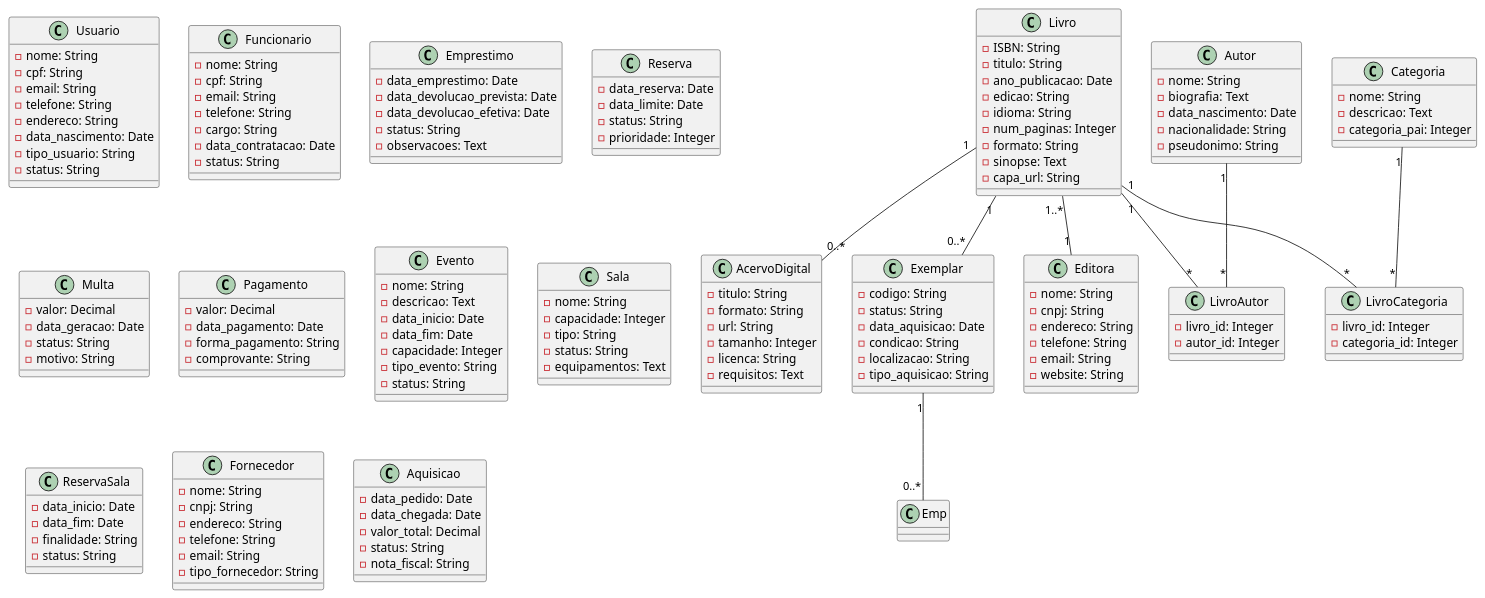
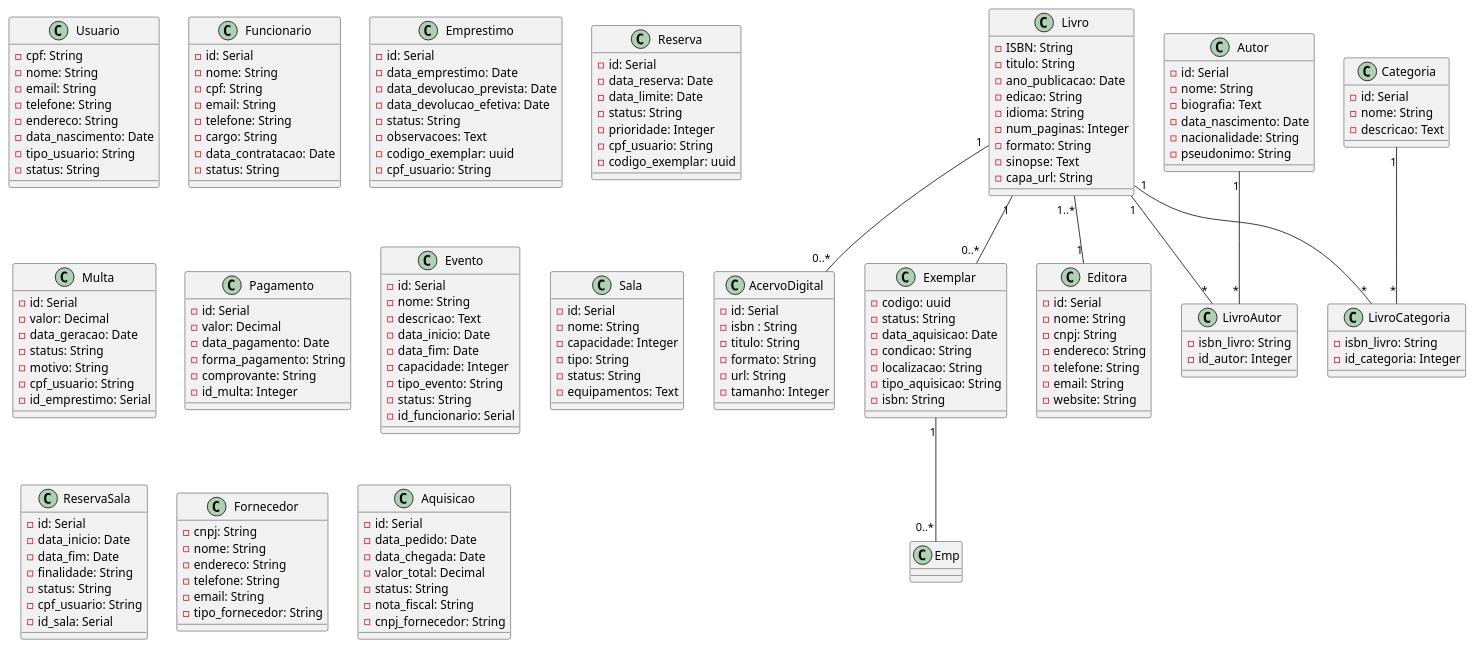
The diagram in PRJ-Final/conceitual.plantuml (Langsch/BD2-Projetos), drawn with PlantUML before and after one commit. The commit also changed 1 other file, not shown here.

Commit message:
Update UML diagram and SQL scripts: add missing attributes and fix data types for various classes

```diff
--- a/PRJ-Final/conceitual.plantuml
+++ b/PRJ-Final/conceitual.plantuml
@@ -1,167 +1,191 @@
 @startuml Biblioteca
 
 class Livro {
     -ISBN: String
     -titulo: String
     -ano_publicacao: Date
     -edicao: String
     -idioma: String
     -num_paginas: Integer
     -formato: String
     -sinopse: Text
     -capa_url: String
 }
 
 class AcervoDigital {
+    -id: Serial
+    -isbn : String
     -titulo: String
     -formato: String
     -url: String
     -tamanho: Integer
-    -licenca: String
-    -requisitos: Text
 }
 
 class Exemplar {
-    -codigo: String
+    -codigo: uuid
     -status: String
     -data_aquisicao: Date
     -condicao: String
     -localizacao: String
     -tipo_aquisicao: String
+    -isbn: String
 }
 
 class Autor {
+    -id: Serial
     -nome: String
     -biografia: Text
     -data_nascimento: Date
     -nacionalidade: String
     -pseudonimo: String
 }
 
 class Editora {
+    -id: Serial
     -nome: String
     -cnpj: String
     -endereco: String
     -telefone: String
     -email: String
     -website: String
 }
 
 class Categoria {
+    -id: Serial
     -nome: String
     -descricao: Text
-    -categoria_pai: Integer
 }
 
 class Usuario {
+    -cpf: String
     -nome: String
-    -cpf: String
     -email: String
     -telefone: String
     -endereco: String
     -data_nascimento: Date
     -tipo_usuario: String
     -status: String
 }
 
 class Funcionario {
+    -id: Serial
     -nome: String
     -cpf: String
     -email: String
     -telefone: String
     -cargo: String
     -data_contratacao: Date
     -status: String
 }
 
 class Emprestimo {
+    -id: Serial
     -data_emprestimo: Date
     -data_devolucao_prevista: Date
     -data_devolucao_efetiva: Date
     -status: String
     -observacoes: Text
+    -codigo_exemplar: uuid
+    -cpf_usuario: String
 }
 
 class Reserva {
+    -id: Serial
     -data_reserva: Date
     -data_limite: Date
     -status: String
     -prioridade: Integer
+    -cpf_usuario: String
+    -codigo_exemplar: uuid
 }
 
 class Multa {
+    -id: Serial
     -valor: Decimal
     -data_geracao: Date
     -status: String
     -motivo: String
+    -cpf_usuario: String
+    -id_emprestimo: Serial
 }
 
 class Pagamento {
+    -id: Serial
     -valor: Decimal
     -data_pagamento: Date
     -forma_pagamento: String
     -comprovante: String
+    -id_multa: Integer
 }
 
 class Evento {
+    -id: Serial
     -nome: String
     -descricao: Text
     -data_inicio: Date
     -data_fim: Date
     -capacidade: Integer
     -tipo_evento: String
     -status: String
+    -id_funcionario: Serial
 }
 
 class Sala {
+    -id: Serial
     -nome: String
     -capacidade: Integer
     -tipo: String
     -status: String
     -equipamentos: Text
 }
 
 class ReservaSala {
+    -id: Serial
     -data_inicio: Date
     -data_fim: Date
     -finalidade: String
     -status: String
+    -cpf_usuario: String
+    -id_sala: Serial
 }
 
 class Fornecedor {
+    -cnpj: String
     -nome: String
-    -cnpj: String
     -endereco: String
     -telefone: String
     -email: String
     -tipo_fornecedor: String
 }
 
 class Aquisicao {
+    -id: Serial
     -data_pedido: Date
     -data_chegada: Date
     -valor_total: Decimal
     -status: String
     -nota_fiscal: String
+    -cnpj_fornecedor: String
 }
 
 class LivroAutor {
-    -livro_id: Integer
-    -autor_id: Integer
+    -isbn_livro: String
+    -id_autor: Integer
 }
 
 class LivroCategoria {
-    -livro_id: Integer
-    -categoria_id: Integer
+    -isbn_livro: String
+    -id_categoria: Integer
 }
 
 Livro "1" -- "0..*" Exemplar
 Livro "1" -- "0..*" AcervoDigital
 Livro "1" -- "*" LivroAutor
 Autor "1" -- "*" LivroAutor
 Livro "1..*" -- "1" Editora
 Livro "1" -- "*" LivroCategoria
 Categoria "1" -- "*" LivroCategoria
 Exemplar "1" -- "0..*" Emp
 
+
 @enduml
```
